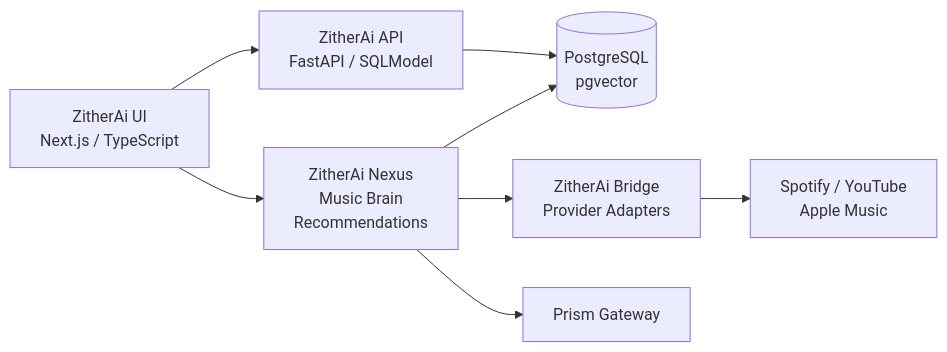
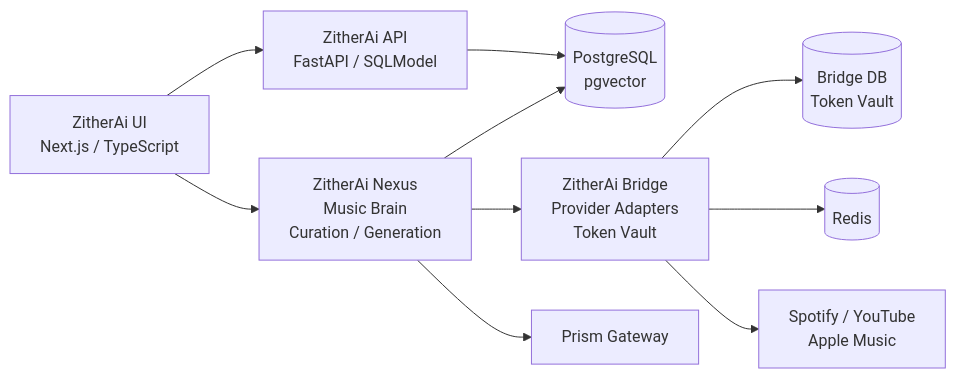
Before and after one commit to vsinghal3737/vsinghal3737: the third of 7 diagrams in README.md, drawn with Mermaid. The commit also changed other lines of this file, not shown here.

````diff
--- a/README.md
+++ b/README.md
@@ -100,18 +137,22 @@
 ```mermaid
 flowchart LR
     ZUI["ZitherAi UI<br/>Next.js / TypeScript"]
     ZAPI["ZitherAi API<br/>FastAPI / SQLModel"]
-    ZNexus["ZitherAi Nexus<br/>Music Brain<br/>Recommendations"]
-    ZBridge["ZitherAi Bridge<br/>Provider Adapters"]
+    ZNexus["ZitherAi Nexus<br/>Music Brain<br/>Curation / Generation"]
+    ZBridge["ZitherAi Bridge<br/>Provider Adapters<br/>Token Vault"]
     PG[("PostgreSQL<br/>pgvector")]
+    BridgeDB[("Bridge DB<br/>Token Vault")]
+    Redis[("Redis")]
     Providers["Spotify / YouTube<br/>Apple Music"]
     Gateway["Prism Gateway"]
 
     ZUI --> ZAPI
     ZUI --> ZNexus
     ZAPI --> PG
     ZNexus --> PG
     ZNexus --> ZBridge
+    ZNexus --> Gateway
+    ZBridge --> BridgeDB
+    ZBridge --> Redis
     ZBridge --> Providers
-    ZNexus --> Gateway
 ```
````
